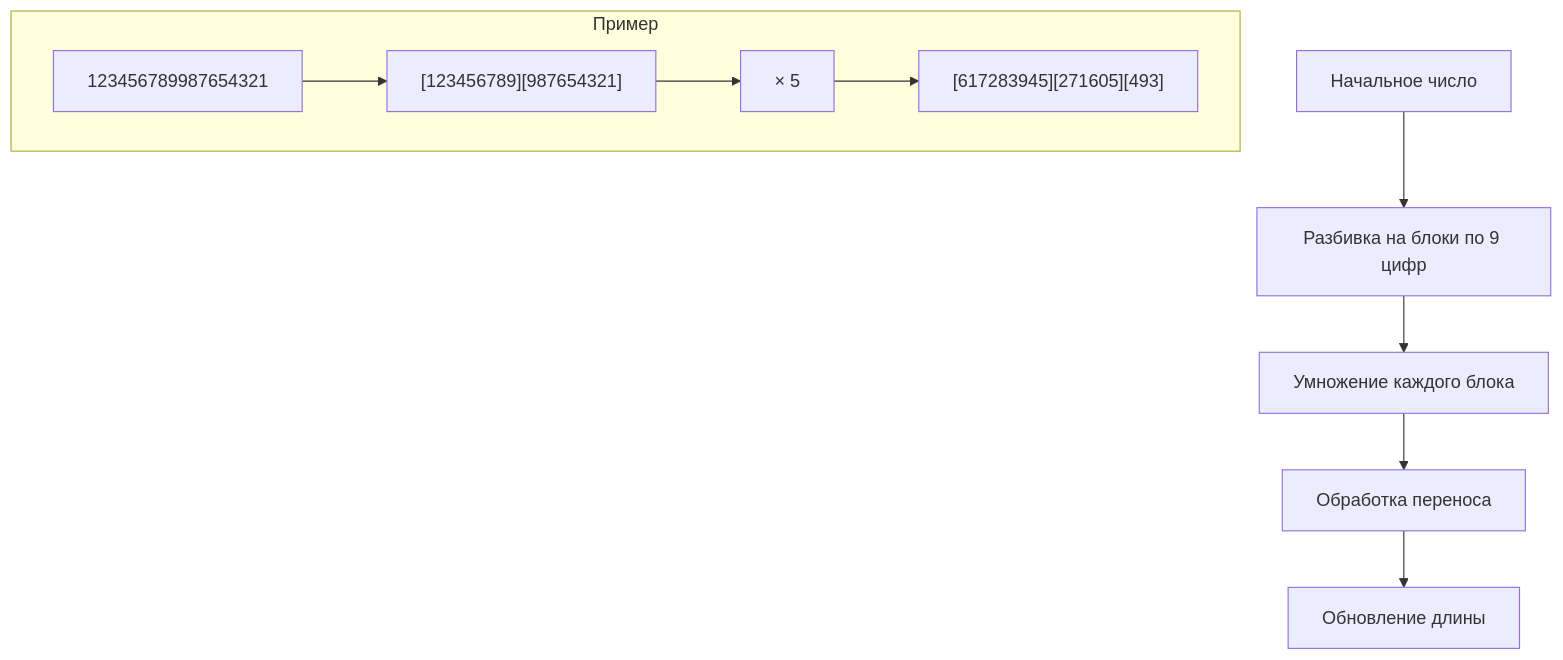
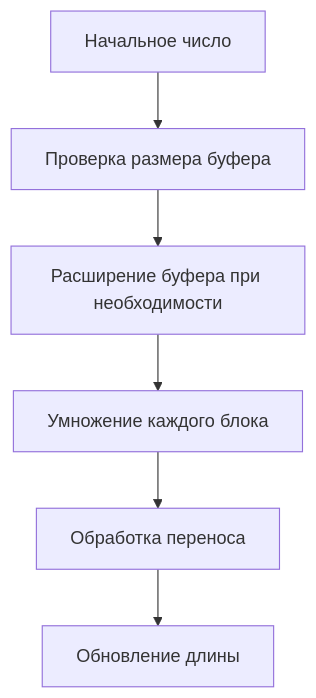
Before and after one commit to ivanoskov/long-number-implementation: the second of 2 diagrams in README.md, drawn with Mermaid. The commit also changed other lines of this file and 5 other files, not shown here.

````diff
--- a/README.md
+++ b/README.md
@@ -48,13 +60,8 @@
 ```mermaid
 flowchart TD
-    A[Начальное число] --> B[Разбивка на блоки по 9 цифр]
-    B --> C[Умножение каждого блока]
-    C --> D[Обработка переноса]
-    D --> E[Обновление длины]
-    
-    subgraph Пример
-    F[123456789987654321] --> G["[123456789][987654321]"]
-    G --> H["× 5"]
-    H --> I["[617283945][271605][493]"]
-    end
+    A[Начальное число] --> B[Проверка размера буфера]
+    B --> C[Расширение буфера при необходимости]
+    C --> D[Умножение каждого блока]
+    D --> E[Обработка переноса]
+    E --> F[Обновление длины]
 ```
````
